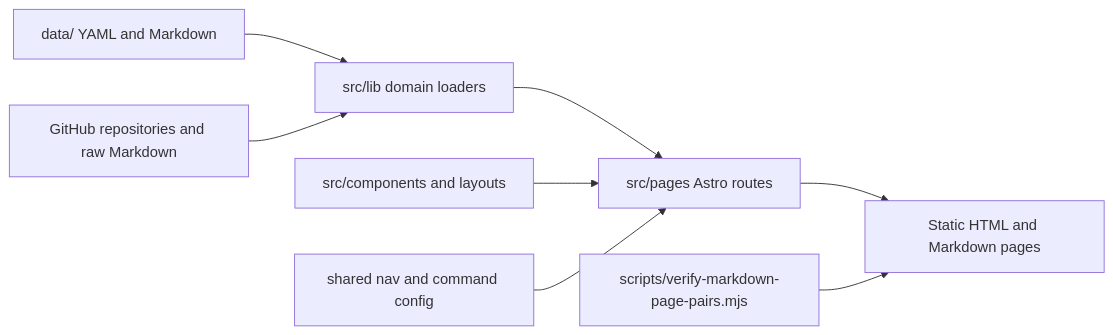
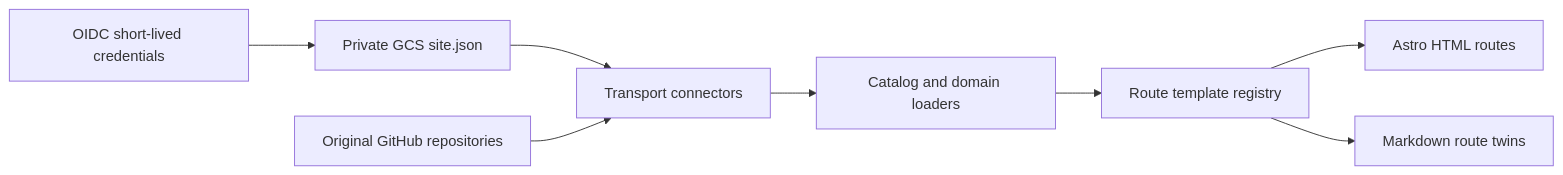
The diagram in docs/architecture/system-overview.md (gvillarroel/technology), drawn with Mermaid before and after one commit. The commit also changed other lines of this file and 51 other files, not shown here.

Commit message:
refactor: drive site from remote catalog

````diff
--- a/docs/architecture/system-overview.md
+++ b/docs/architecture/system-overview.md
@@ -18,10 +6,10 @@
 ```mermaid
 flowchart LR
-    A["data/ YAML and Markdown"] --> B["src/lib domain loaders"]
-    C["GitHub repositories and raw Markdown"] --> B
-    D["src/pages Astro routes"] --> E["Static HTML and Markdown pages"]
-    B --> D
-    F["src/components and layouts"] --> D
-    G["scripts/verify-markdown-page-pairs.mjs"] --> E
-    H["shared nav and command config"] --> D
+    A["Private GCS site.json"] --> B["Transport connectors"]
+    C["Original GitHub repositories"] --> B
+    B --> D["Catalog and domain loaders"]
+    D --> E["Route template registry"]
+    E --> F["Astro HTML routes"]
+    E --> G["Markdown route twins"]
+    H["OIDC short-lived credentials"] --> A
 ```
````
